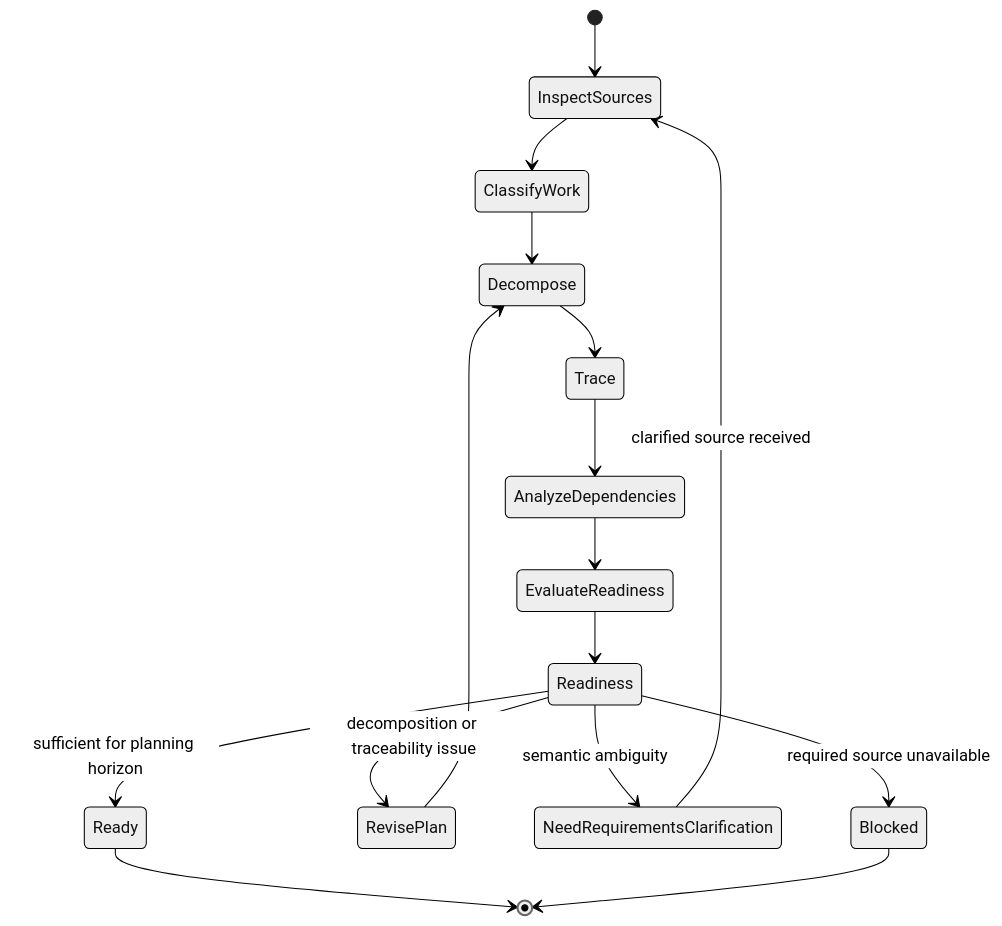
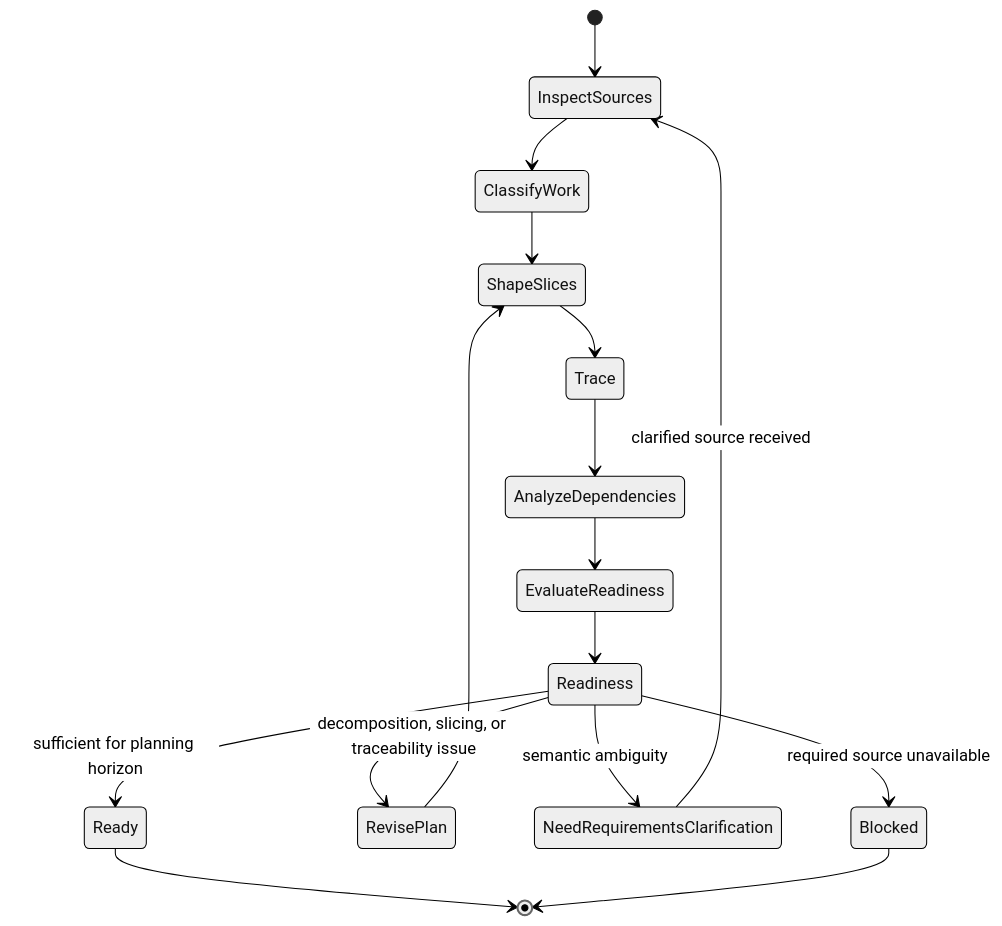
Before and after one commit to JadsonLucena/agent-toolkit: the diagram in contexts/requirements/skills/backlog-planning/skill.md, drawn with Mermaid (neutral theme). The commit also changed other lines of this file, not shown here.

````diff
--- a/contexts/requirements/skills/backlog-planning/skill.md
+++ b/contexts/requirements/skills/backlog-planning/skill.md
@@ -28,21 +29,21 @@
 ```mermaid
 stateDiagram-v2
     [*] --> InspectSources
     InspectSources --> ClassifyWork
-    ClassifyWork --> Decompose
-    Decompose --> Trace
+    ClassifyWork --> ShapeSlices
+    ShapeSlices --> Trace
     Trace --> AnalyzeDependencies
     AnalyzeDependencies --> EvaluateReadiness
     EvaluateReadiness --> Readiness
 
     state Readiness <<choice>>
     Readiness --> Ready: sufficient for planning horizon
-    Readiness --> RevisePlan: decomposition or traceability issue
+    Readiness --> RevisePlan: decomposition, slicing, or traceability issue
     Readiness --> NeedRequirementsClarification: semantic ambiguity
     Readiness --> Blocked: required source unavailable
 
-    RevisePlan --> Decompose
+    RevisePlan --> ShapeSlices
     NeedRequirementsClarification --> InspectSources: clarified source received
     Ready --> [*]
     Blocked --> [*]
 ```
````
